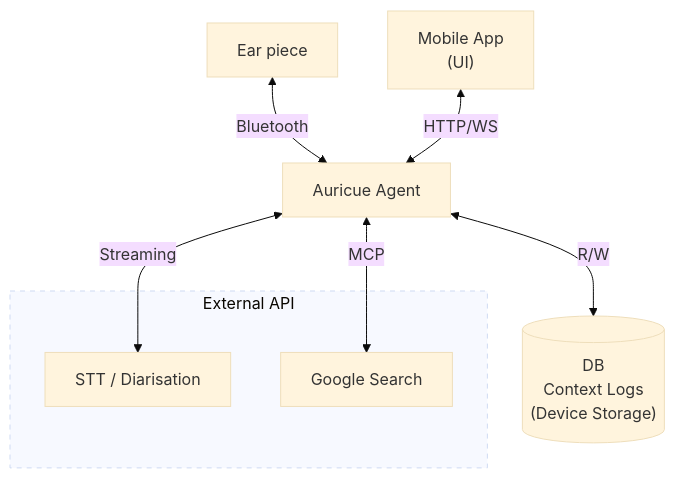
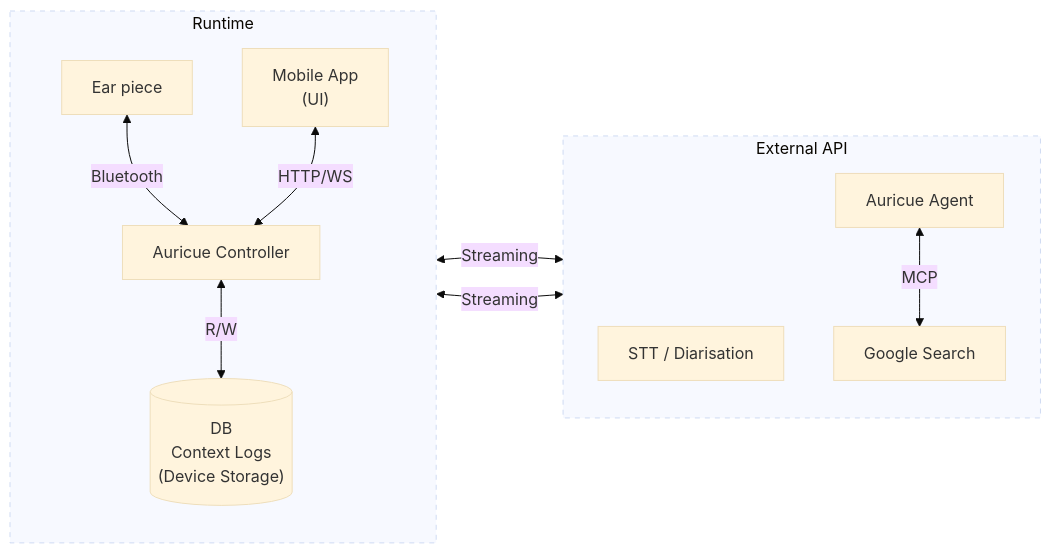
The diagram in docs/design.md (Teinc3/Auricue), drawn with Mermaid (base theme) before and after one commit. The commit also changed 1 other file, not shown here.

Commit message:
Updated process diagram

````diff
--- a/docs/design.md
+++ b/docs/design.md
@@ -30,20 +30,29 @@
 ```mermaid
-flowchart TD
-    EarPiece["Ear piece"]
-    App["Mobile App<br/>(UI)"]
-    Agent["Auricue Agent"]
-    DB[("DB<br/>Context Logs<br/>(Device Storage)")]
+flowchart LR
+    subgraph Runtime ["Runtime"]
+        direction TB
+        EarPiece["Ear piece"]
+        App["Mobile App<br/>(UI)"]
+        Controller["Auricue Controller"]
+        DB[("DB<br/>Context Logs<br/>(Device Storage)")]
+
+        EarPiece <-->|Bluetooth| Controller
+        App <-->|HTTP/WS| Controller
+        Controller <-->|R/W| DB
+    end
 
     subgraph ExternalAPI ["External API"]
+        direction TB
         STT["STT / Diarisation"]
+        Agent["Auricue Agent"]
         Search["Google Search"]
+
+        Agent <-->|MCP| Search
     end
 
-    EarPiece <-->|Bluetooth| Agent
-    App <-->|HTTP/WS| Agent
-    Agent <-->|Streaming| STT
-    Agent <-->|MCP| Search
-    Agent <-->|R/W| DB
+    Controller <-->|Streaming| STT
+    Controller <-->|Streaming| Agent
 
+    style Runtime stroke-dasharray: 5 5
     style ExternalAPI stroke-dasharray: 5 5
 ```
````
